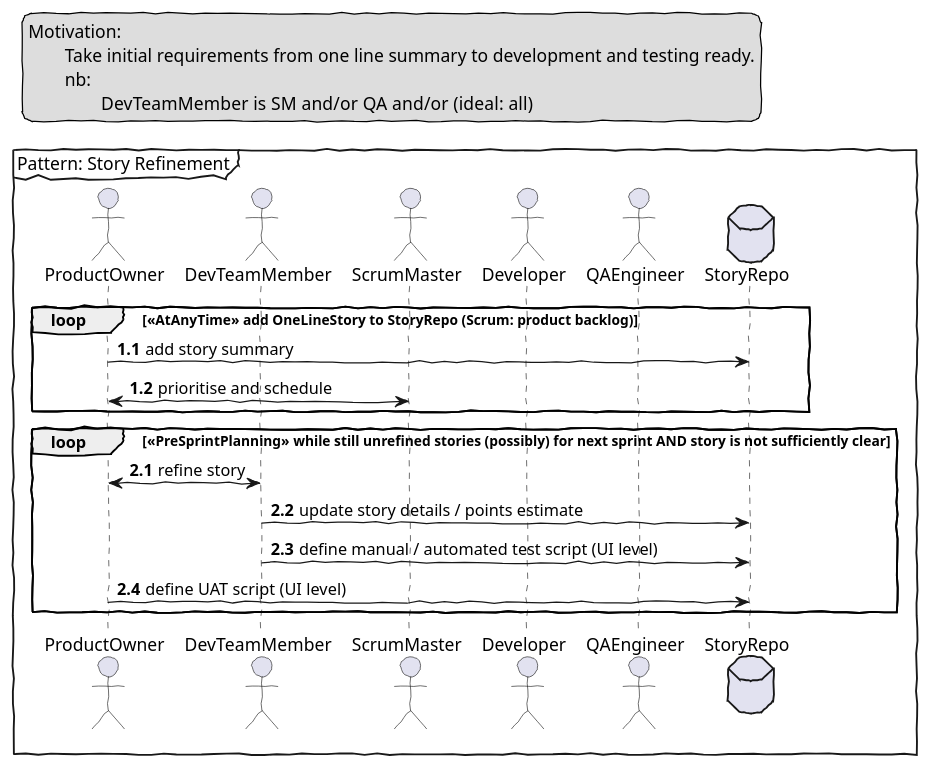
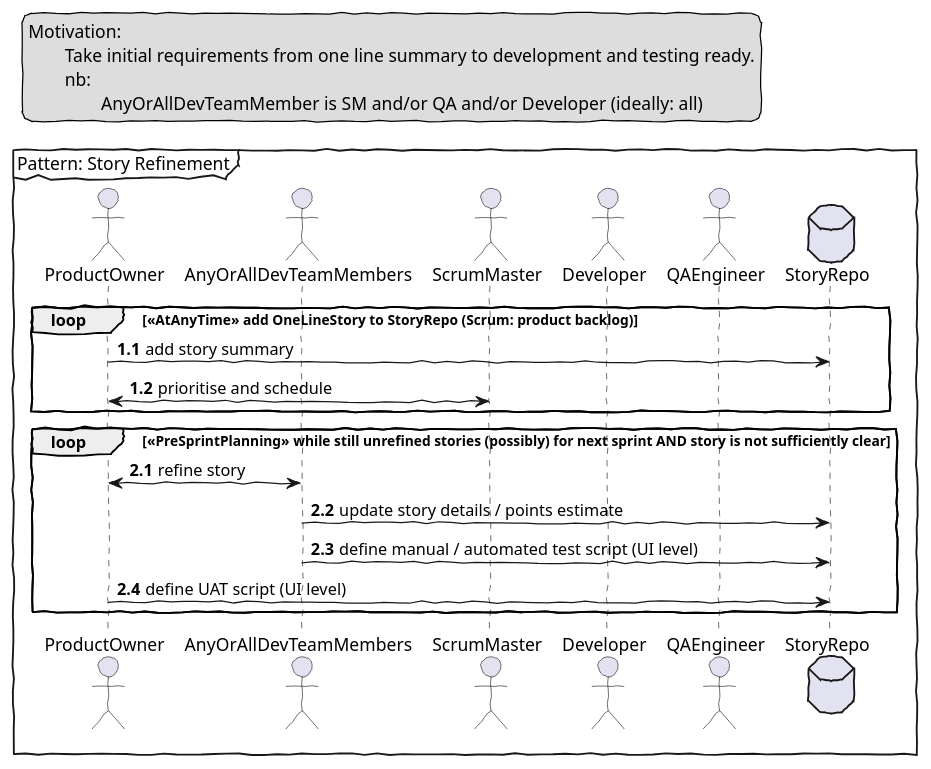
One commit to markcollinscope/epyx-process changed the second of 4 diagrams in ideal-process.puml. Above: the diagram before and after it, drawn with PlantUML. The commit also changed other lines of this file and 1 other file, not shown here.

```diff
--- a/ideal-process.puml
+++ b/ideal-process.puml
@@ -30,42 +30,42 @@
 @startuml seq-req-analysis
 
 skinparam handwritten true
 skinparam responseMessageBelowArrow true
 
 mainframe Pattern: Story Refinement
 
 legend top left
-Motivation: 
+Motivation:
 	Take initial requirements from one line summary to development and testing ready.
 	nb:
-		DevTeamMember is SM and/or QA and/or  (ideal: all)
+		AnyOrAllDevTeamMember is SM and/or QA and/or Developer (ideally: all)
 end legend
 
 actor ProductOwner as po
-actor DevTeamMember as dtm
+actor AnyOrAllDevTeamMembers as dtm
 
 actor ScrumMaster as sm
 
 actor Developer as dev
 actor QAEngineer as qa
 
 database StoryRepo as sr
 
 autonumber 0.0
 autonumber inc A
 
 loop <<AtAnyTime>> add OneLineStory to StoryRepo (Scrum: product backlog)
 	po -> sr : add story summary
 	po <-> sm : prioritise and schedule
 end
 
 autonumber inc A
 
 loop <<PreSprintPlanning>> while still unrefined stories (possibly) for next sprint AND story is not sufficiently clear
 	po <-> dtm: refine story
 	dtm -> sr: update story details / points estimate
 	dtm -> sr: define manual / automated test script (UI level)
 	po -> sr: define UAT script (UI level)
 end loop
 
 @enduml
```
